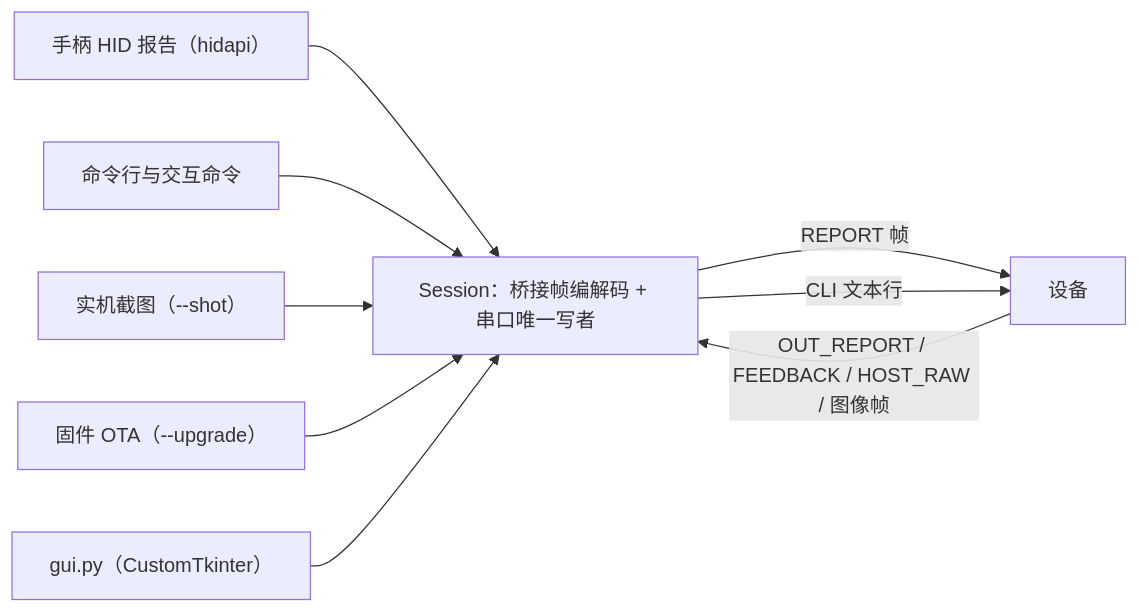
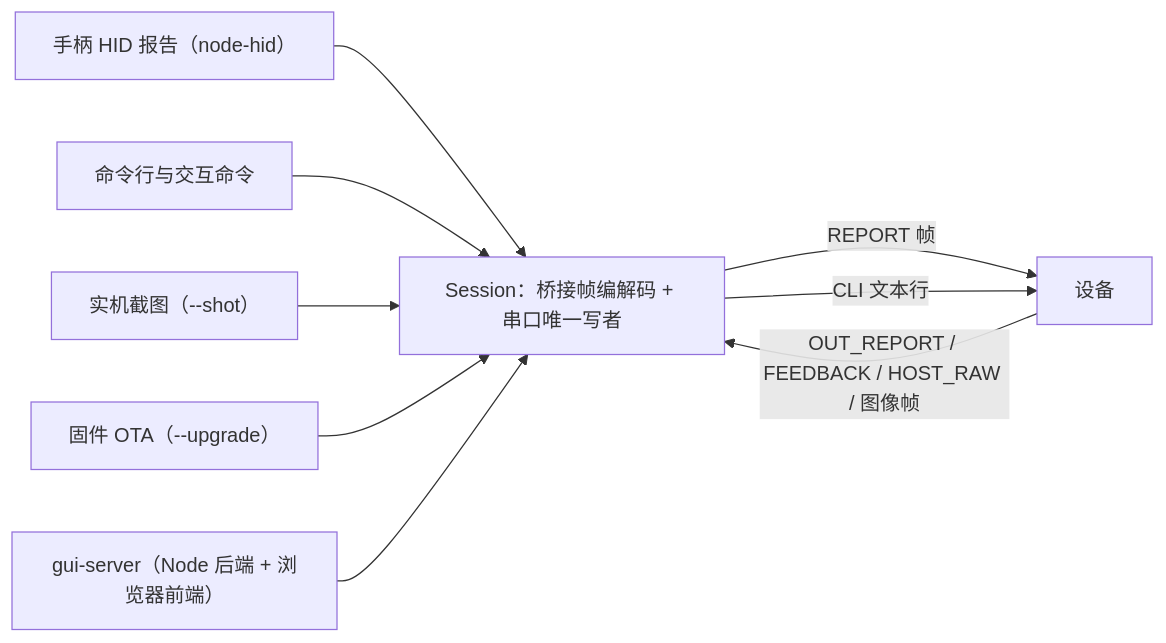
One commit to slime7/remapad changed the first of 2 diagrams in pc/README.md. Above: the diagram before and after it, drawn with Mermaid. The commit also changed other lines of this file and 145 other files, not shown here.

Commit message:
feat(pc): PC 侧工具从 Python 迁到 Node.js，图形控制台换 Vue 3 前端

````diff
--- a/pc/README.md
+++ b/pc/README.md
@@ -5,11 +5,11 @@
 ```mermaid
 flowchart LR
-    Pad["手柄 HID 报告（hidapi）"] --> Session["Session：桥接帧编解码 + 串口唯一写者"]
+    Pad["手柄 HID 报告（node-hid）"] --> Session["Session：桥接帧编解码 + 串口唯一写者"]
     Session -->|"REPORT 帧"| Dev["设备"]
     Dev -->|"OUT_REPORT / FEEDBACK / HOST_RAW / 图像帧"| Session
     CLI["命令行与交互命令"] --> Session
     Shot["实机截图（--shot）"] --> Session
     OTA["固件 OTA（--upgrade）"] --> Session
-    GUI["gui.py（CustomTkinter）"] --> Session
+    GUI["gui-server（Node 后端 + 浏览器前端）"] --> Session
     Session -->|"CLI 文本行"| Dev
 ```
````
